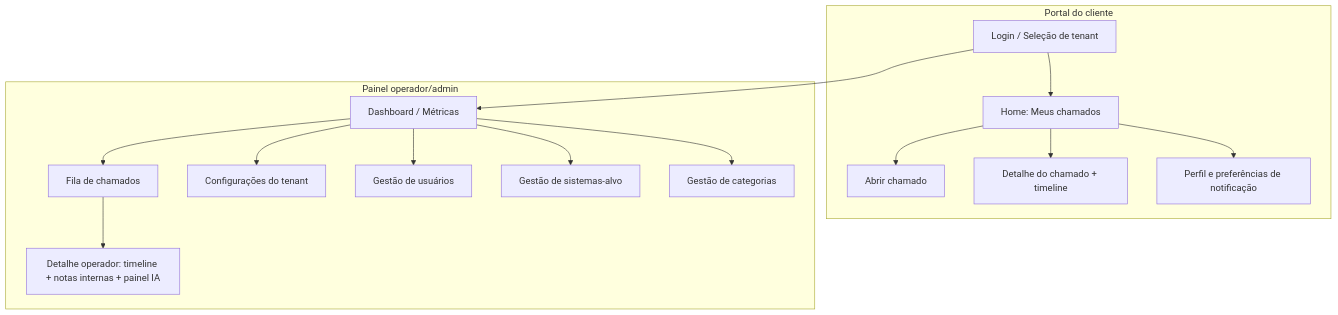
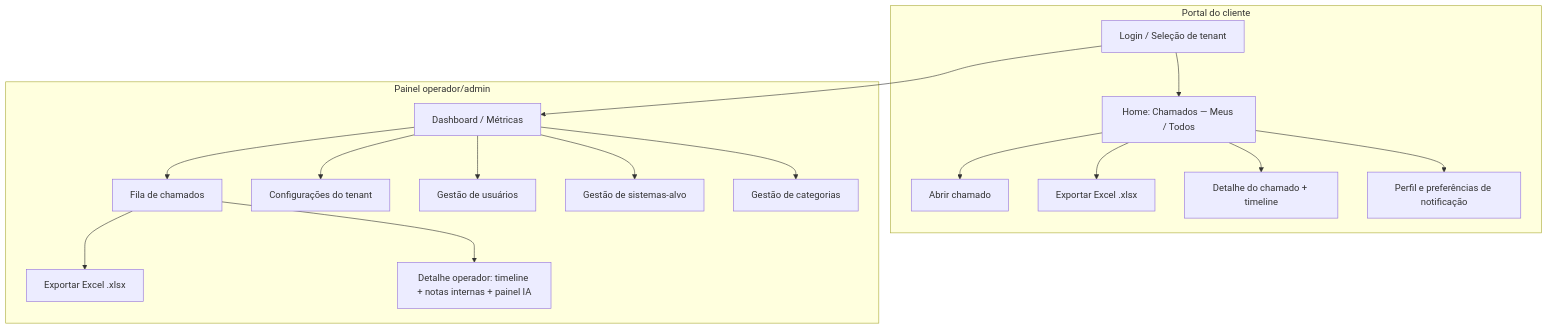
Before and after one commit to isaqueks/chamados: the diagram in specs/08-ui-ux.md, drawn with Mermaid. The commit also changed other lines of this file and 161 other files, not shown here.

First line of the commit message:
feat: lote D-037 a D-045 — visibilidade total, reabertura, aprovação do cliente, custo, fila nova e IA por tenant

````diff
--- a/specs/08-ui-ux.md
+++ b/specs/08-ui-ux.md
@@ -26,18 +26,20 @@
 ```mermaid
 graph TD
   subgraph Portal do cliente
-    LP[Login / Seleção de tenant] --> CH[Home: Meus chamados]
+    LP[Login / Seleção de tenant] --> CH[Home: Chamados — Meus / Todos]
     CH --> NOVO[Abrir chamado]
+    CH --> PXLSX[Exportar Excel .xlsx]
     CH --> DET[Detalhe do chamado + timeline]
     CH --> PERF[Perfil e preferências de notificação]
   end
   subgraph Painel operador/admin
     LP --> DASH[Dashboard / Métricas]
     DASH --> FILA[Fila de chamados]
+    FILA --> XLSX[Exportar Excel .xlsx]
     FILA --> ODET[Detalhe operador: timeline + notas internas + painel IA]
     DASH --> CFG[Configurações do tenant]
     DASH --> USR[Gestão de usuários]
     DASH --> SIS[Gestão de sistemas-alvo]
     DASH --> CAT[Gestão de categorias]
   end
 ```
````
